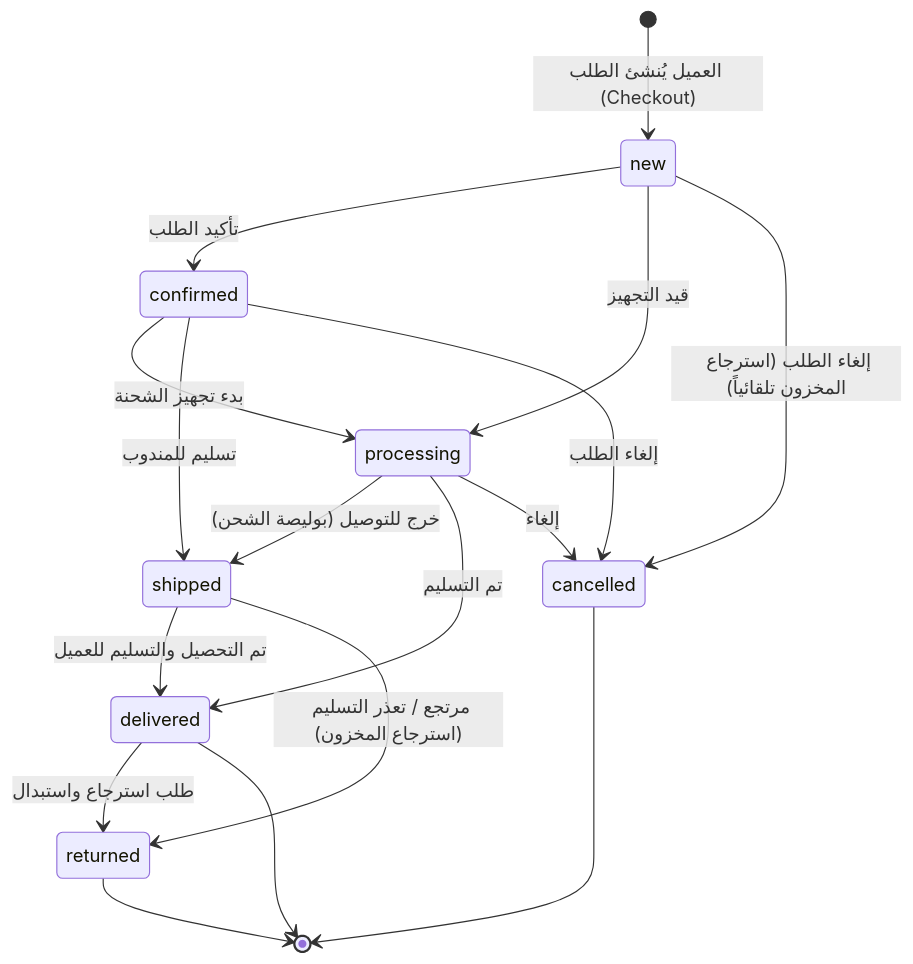
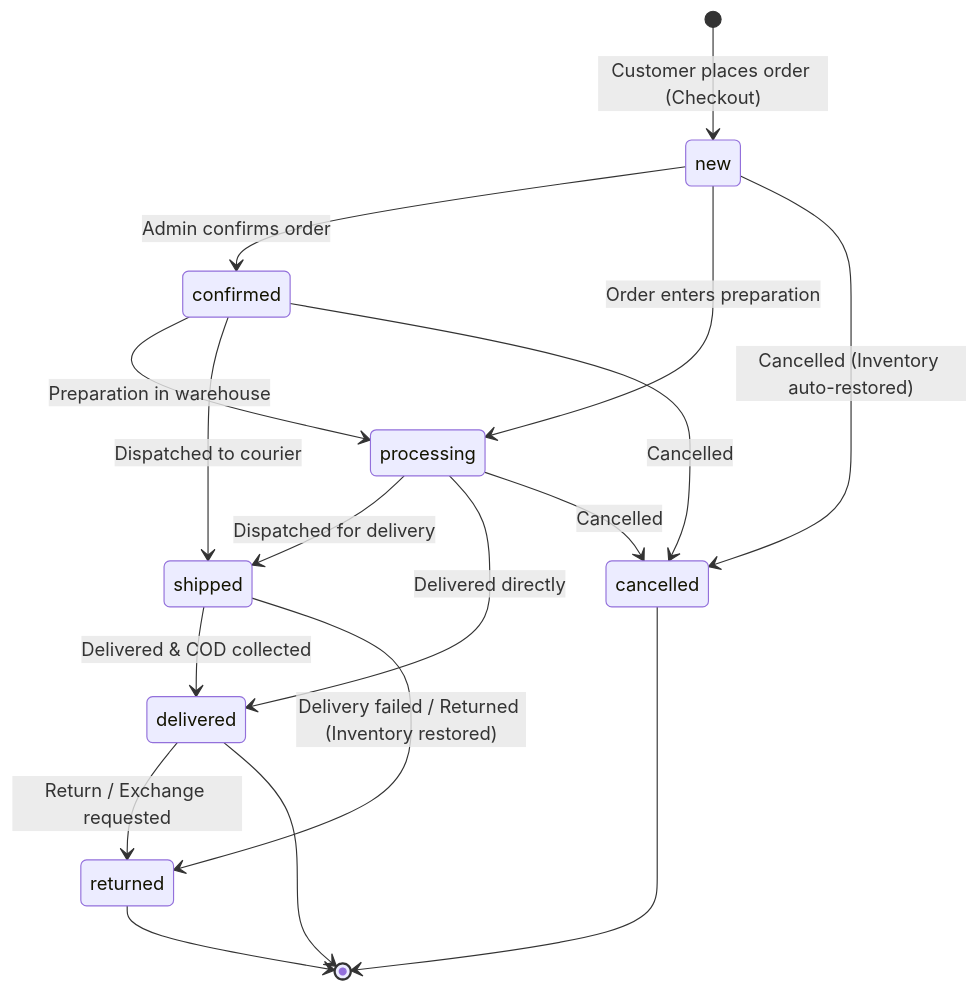
The second of 2 diagrams in README.md (galilio2023/giza-86), drawn with Mermaid before and after one commit. The commit also changed other lines of this file, not shown here.

Commit message:
docs: modernize README with Upstash Redis, Cloudinary, and architectural diagrams

````diff
--- a/README.md
+++ b/README.md
@@ -77,23 +97,23 @@
 ```mermaid
 stateDiagram-v2
-    [*] --> new : العميل يُنشئ الطلب (Checkout)
-    new --> confirmed : تأكيد الطلب
-    new --> processing : قيد التجهيز
-    new --> cancelled : إلغاء الطلب (استرجاع المخزون تلقائياً)
+    [*] --> new : Customer places order (Checkout)
+    new --> confirmed : Admin confirms order
+    new --> processing : Order enters preparation
+    new --> cancelled : Cancelled (Inventory auto-restored)
     
-    confirmed --> processing : بدء تجهيز الشحنة
-    confirmed --> shipped : تسليم للمندوب
-    confirmed --> cancelled : إلغاء الطلب
+    confirmed --> processing : Preparation in warehouse
+    confirmed --> shipped : Dispatched to courier
+    confirmed --> cancelled : Cancelled
     
-    processing --> shipped : خرج للتوصيل (بوليصة الشحن)
-    processing --> delivered : تم التسليم
-    processing --> cancelled : إلغاء
+    processing --> shipped : Dispatched for delivery
+    processing --> delivered : Delivered directly
+    processing --> cancelled : Cancelled
     
-    shipped --> delivered : تم التحصيل والتسليم للعميل
-    shipped --> returned : مرتجع / تعذر التسليم (استرجاع المخزون)
+    shipped --> delivered : Delivered & COD collected
+    shipped --> returned : Delivery failed / Returned (Inventory restored)
     
-    delivered --> returned : طلب استرجاع واستبدال
+    delivered --> returned : Return / Exchange requested
     delivered --> [*]
     returned --> [*]
     cancelled --> [*]
 ```
````
